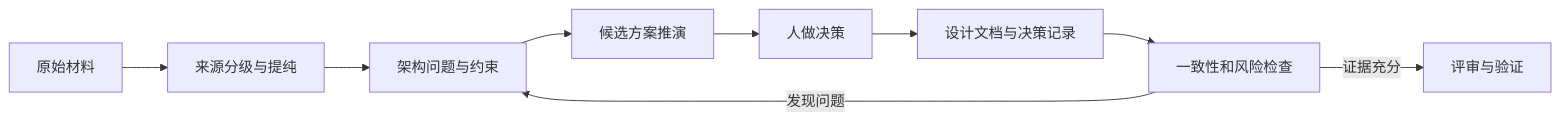
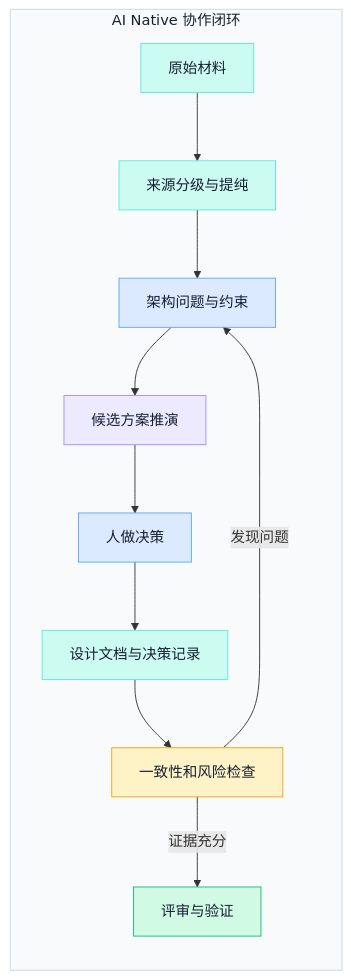
The first of 2 diagrams in backend/app/ai_notes/content/05-thinking-and-methods/01-ai-native-architecture-design.md (ink-hz/AI-Agent-Platform), drawn with Mermaid before and after one commit. The commit also changed other lines of this file and 2 other files, not shown here.

Commit message:
docs: define human AI architecture responsibilities

````diff
--- a/backend/app/ai_notes/content/05-thinking-and-methods/01-ai-native-architecture-design.md
+++ b/backend/app/ai_notes/content/05-thinking-and-methods/01-ai-native-architecture-design.md
@@ -24,11 +24,26 @@
 ```mermaid
 flowchart LR
-    A[原始材料] --> B[来源分级与提纯]
-    B --> C[架构问题与约束]
-    C --> D[候选方案推演]
-    D --> E[人做决策]
-    E --> F[设计文档与决策记录]
-    F --> G[一致性和风险检查]
-    G -->|发现问题| C
-    G -->|证据充分| H[评审与验证]
+    subgraph COLLAB["AI Native 协作闭环"]
+        A["原始材料"] --> B["来源分级与提纯"]
+        B --> C["架构问题与约束"]
+        C --> D["候选方案推演"]
+        D --> E["人做决策"]
+        E --> F["设计文档与决策记录"]
+        F --> G["一致性和风险检查"]
+        G -->|"发现问题"| C
+        G -->|"证据充分"| H["评审与验证"]
+    end
+
+    classDef input fill:#DBEAFE,stroke:#60A5FA,color:#172033
+    classDef model fill:#EDE9FE,stroke:#A78BFA,color:#172033
+    classDef data fill:#CCFBF1,stroke:#5EEAD4,color:#172033
+    classDef policy fill:#FEF3C7,stroke:#F59E0B,color:#172033
+    classDef success fill:#D1FAE5,stroke:#10B981,color:#172033
+
+    class A,B,F data
+    class C,E input
+    class D model
+    class G policy
+    class H success
+    style COLLAB fill:#F8FAFC,stroke:#CBD5E1,color:#172033
 ```
````
